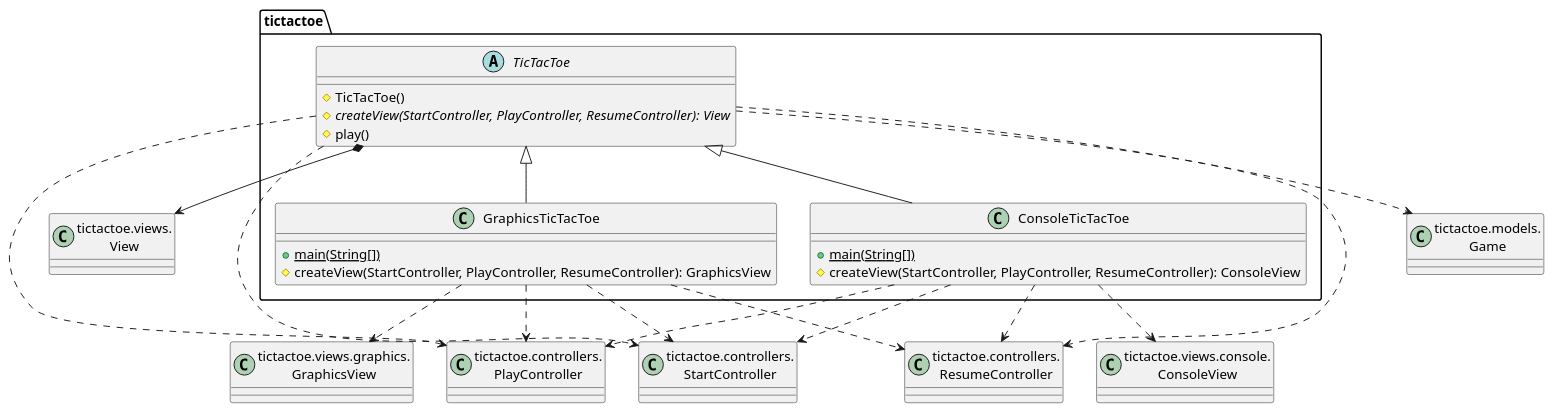
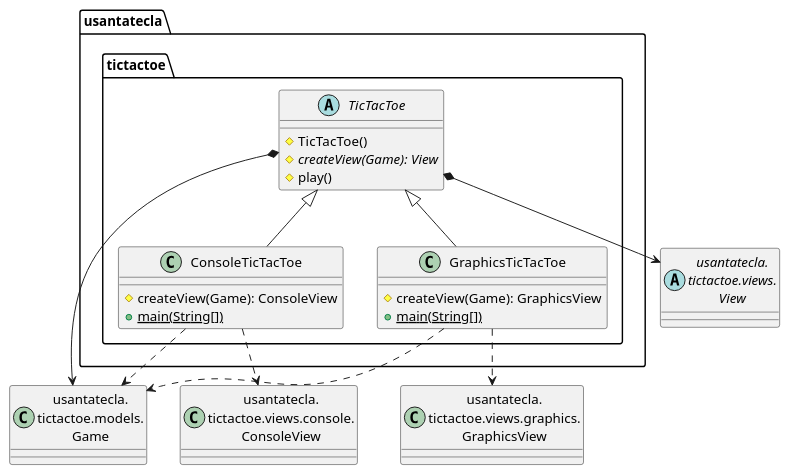
The first of 7 diagrams in modelViewPresenter/presentationModel/basic/docs/diagrams/src/paquetes.plantuml (Jolucaa/USantaTecla-project-ticTacToe), drawn with PlantUML before and after one commit. The commit also changed other lines of this file and 149 other files, not shown here.

```diff
--- a/modelViewPresenter/presentationModel/basic/docs/diagrams/src/paquetes.plantuml
+++ b/modelViewPresenter/presentationModel/basic/docs/diagrams/src/paquetes.plantuml
@@ -1,40 +1,31 @@
-@startuml paqueteTicTacToe
-class View as "tictactoe.views.\nView"
-class Game as "tictactoe.models.\nGame"
-class StartController as "tictactoe.controllers.\nStartController"
-class PlayController as "tictactoe.controllers.\nPlayController"
-class ResumeController as "tictactoe.controllers.\nResumeController"
-class ConsoleView as "tictactoe.views.console.\nConsoleView"
-class GraphicsView as "tictactoe.views.graphics.\nGraphicsView"
+@startuml tictactoe
+class Game as "usantatecla.\ntictactoe.models.\nGame"
+abstract class View as "usantatecla.\ntictactoe.views.\nView"
+class ConsoleView as "usantatecla.\ntictactoe.views.console.\nConsoleView"
+class GraphicsView as "usantatecla.\ntictactoe.views.graphics.\nGraphicsView"
 
-class  tictactoe.ConsoleTicTacToe{
-  + {static} main(String[])
-  # createView(StartController, PlayController, ResumeController): ConsoleView
+class usantatecla.tictactoe.ConsoleTicTacToe {
+	# createView(Game): ConsoleView
+	+ {static} main(String[])
 }
-tictactoe.TicTacToe <|-down- tictactoe.ConsoleTicTacToe
-tictactoe.ConsoleTicTacToe .down.> StartController
-tictactoe.ConsoleTicTacToe .down.> PlayController
-tictactoe.ConsoleTicTacToe .down.> ResumeController
-tictactoe.ConsoleTicTacToe .down.> ConsoleView
+usantatecla.tictactoe.ConsoleTicTacToe .down.> ConsoleView
+usantatecla.tictactoe.ConsoleTicTacToe .down.> Game
 
-class  tictactoe.GraphicsTicTacToe{
-  + {static} main(String[])
-  # createView(StartController, PlayController, ResumeController): GraphicsView
+class usantatecla.tictactoe.GraphicsTicTacToe {
+	# createView(Game): GraphicsView
+	+ {static} main(String[])
 }
-tictactoe.TicTacToe <|-down- tictactoe.GraphicsTicTacToe
-tictactoe.GraphicsTicTacToe .down.> StartController
-tictactoe.GraphicsTicTacToe .down.> PlayController
-tictactoe.GraphicsTicTacToe .down.> ResumeController
-tictactoe.GraphicsTicTacToe .down.> GraphicsView
+usantatecla.tictactoe.GraphicsTicTacToe .down.> GraphicsView
+usantatecla.tictactoe.GraphicsTicTacToe .down.> Game
 
-abstract class  tictactoe.TicTacToe{
-  # TicTacToe()
-  # {abstract} createView(StartController, PlayController, ResumeController): View
-  # play()
+abstract class  usantatecla.tictactoe.TicTacToe{
+	# TicTacToe()
+	# {abstract} createView(Game): View
+	# play()
 }
-tictactoe.TicTacToe *-down-> View
-tictactoe.TicTacToe .down.> Game
-tictactoe.TicTacToe .down.> StartController
-tictactoe.TicTacToe .down.> PlayController
-tictactoe.TicTacToe .down.> ResumeController
+usantatecla.tictactoe.TicTacToe <|-down- usantatecla.tictactoe.ConsoleTicTacToe
+usantatecla.tictactoe.TicTacToe <|-down- usantatecla.tictactoe.GraphicsTicTacToe
+usantatecla.tictactoe.TicTacToe *-down-> Game
+usantatecla.tictactoe.TicTacToe *-down-> View
+
 @enduml
```
